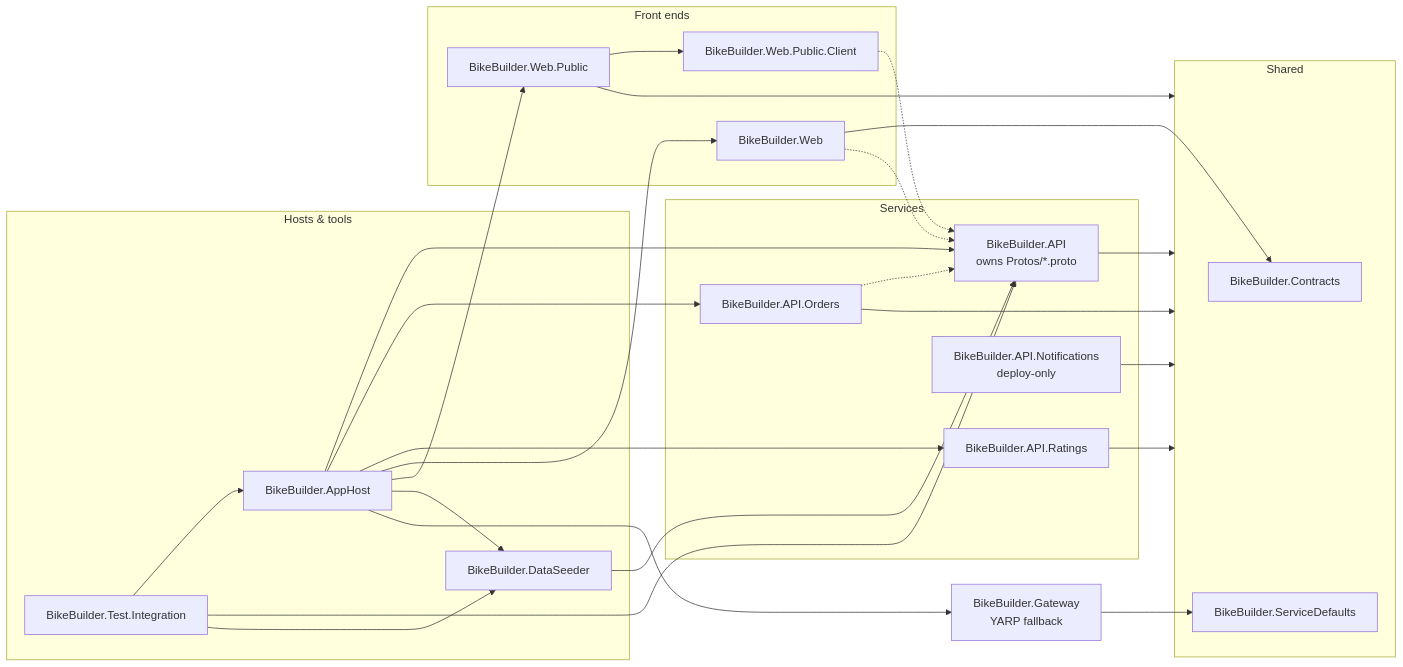
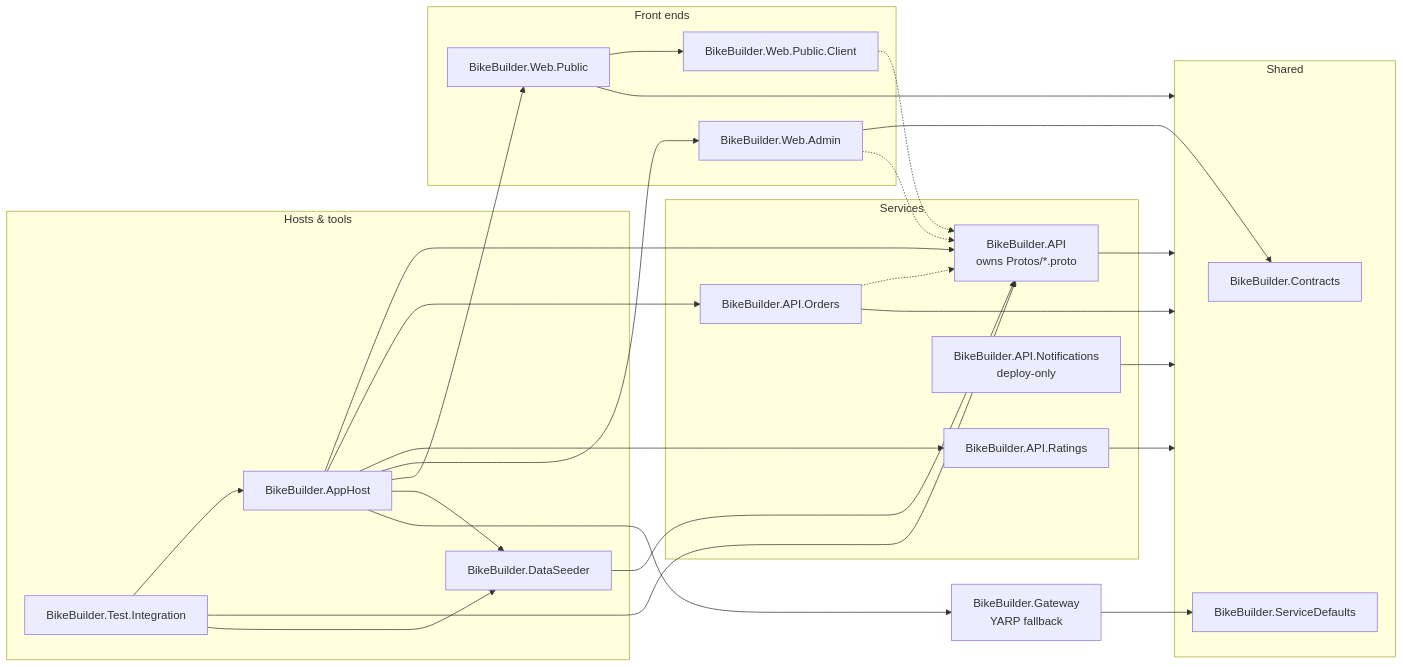
The second of 2 diagrams in README.md (nickshepherd1983/BikeBuilderAspire), drawn with Mermaid before and after one commit. The commit also changed other lines of this file and 112 other files, not shown here.

First line of the commit message:
Rename BikeBuilder.Web to BikeBuilder.Web.Admin, rebrand as Bike Builder Admin

````diff
--- a/README.md
+++ b/README.md
@@ -96,54 +96,54 @@
 ```mermaid
 flowchart LR
     subgraph roots["Hosts &amp; tools"]
         apphost["BikeBuilder.AppHost"]
         tests["BikeBuilder.Test.Integration"]
         seeder["BikeBuilder.DataSeeder"]
     end
 
     subgraph services["Services"]
         api["BikeBuilder.API<br/>owns Protos/*.proto"]
         orders["BikeBuilder.API.Orders"]
         ratings["BikeBuilder.API.Ratings"]
         notifications["BikeBuilder.API.Notifications<br/>deploy-only"]
     end
 
     subgraph frontends["Front ends"]
-        web["BikeBuilder.Web"]
+        web["BikeBuilder.Web.Admin"]
         webpublic["BikeBuilder.Web.Public"]
         client["BikeBuilder.Web.Public.Client"]
     end
 
     gateway["BikeBuilder.Gateway<br/>YARP fallback"]
 
     subgraph shared["Shared"]
         contracts["BikeBuilder.Contracts"]
         defaults["BikeBuilder.ServiceDefaults"]
     end
 
     api --> shared
     orders --> shared
     ratings --> shared
     notifications --> shared
     webpublic --> shared
     gateway --> defaults
     web --> contracts
 
     webpublic --> client
     seeder --> api
 
     apphost --> api
     apphost --> orders
     apphost --> ratings
     apphost --> web
     apphost --> webpublic
     apphost --> seeder
     apphost --> gateway
     tests --> apphost
     tests --> api
     tests --> seeder
 
     orders -.-> api
     web -.-> api
     client -.-> api
 ```
````
